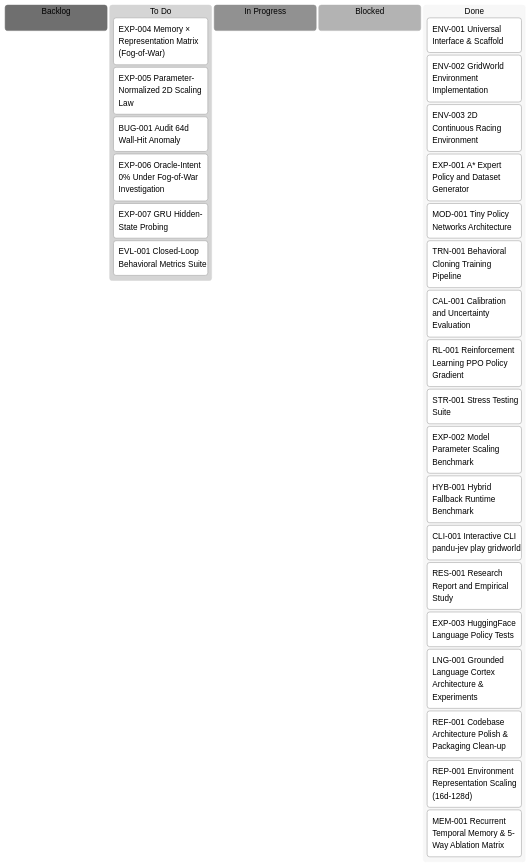
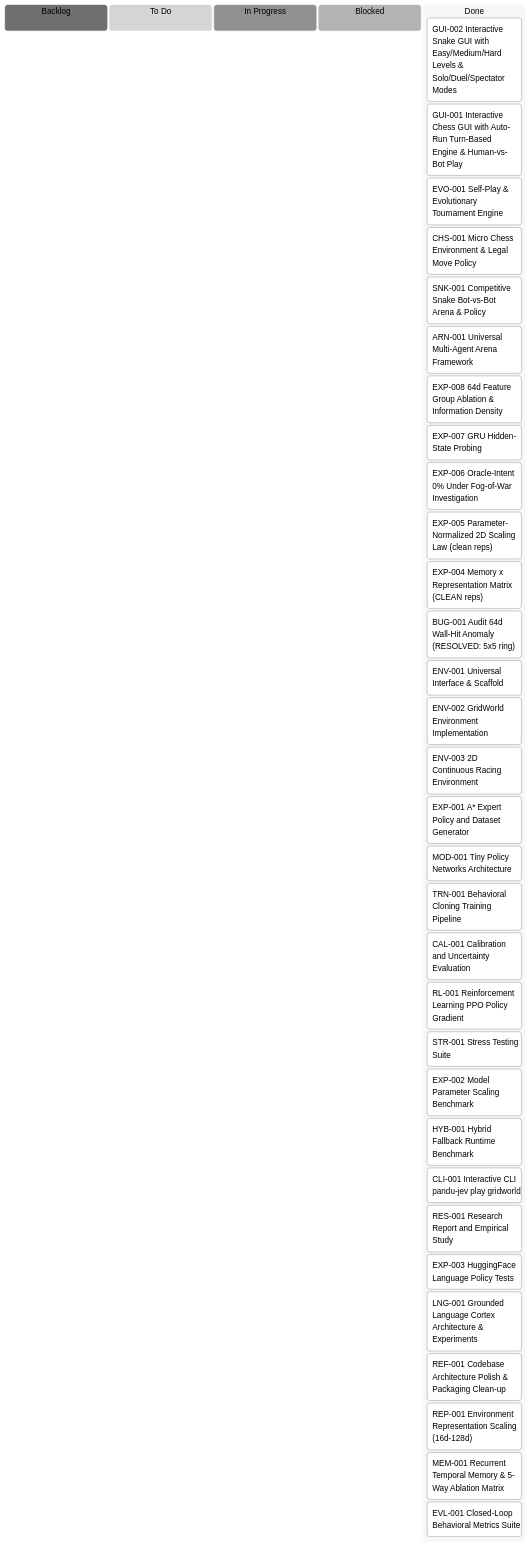
The diagram in .kanban/kanban.md (Haslab-dev/pandu-jev), drawn with Mermaid (neutral theme) before and after one commit. The commit also changed other lines of this file and 24 other files, not shown here.

First line of the commit message:
feat(arena): add interactive chess & snake GUIs, anti-collision engine, and benchmark experiments

````diff
--- a/.kanban/kanban.md
+++ b/.kanban/kanban.md
@@ -17,36 +19,43 @@
 ```mermaid
 kanban
   backlog[Backlog]
 
   todo[To Do]
-    t19["EXP-004 Memory × Representation Matrix (Fog-of-War)"]
-    t20["EXP-005 Parameter-Normalized 2D Scaling Law"]
-    t21["BUG-001 Audit 64d Wall-Hit Anomaly"]
-    t22["EXP-006 Oracle-Intent 0% Under Fog-of-War Investigation"]
-    t23["EXP-007 GRU Hidden-State Probing"]
-    t24["EVL-001 Closed-Loop Behavioral Metrics Suite"]
 
   inprogress[In Progress]
 
   blocked[Blocked]
 
   done[Done]
+    t31["GUI-002 Interactive Snake GUI with Easy/Medium/Hard Levels & Solo/Duel/Spectator Modes"]
+    t30["GUI-001 Interactive Chess GUI with Auto-Run Turn-Based Engine & Human-vs-Bot Play"]
+    t29["EVO-001 Self-Play & Evolutionary Tournament Engine"]
+    t28["CHS-001 Micro Chess Environment & Legal Move Policy"]
+    t27["SNK-001 Competitive Snake Bot-vs-Bot Arena & Policy"]
+    t26["ARN-001 Universal Multi-Agent Arena Framework"]
+    t25["EXP-008 64d Feature Group Ablation & Information Density"]
+    t23["EXP-007 GRU Hidden-State Probing"]
+    t22["EXP-006 Oracle-Intent 0% Under Fog-of-War Investigation"]
+    t20["EXP-005 Parameter-Normalized 2D Scaling Law (clean reps)"]
+    t19["EXP-004 Memory x Representation Matrix (CLEAN reps)"]
+    t21["BUG-001 Audit 64d Wall-Hit Anomaly (RESOLVED: 5x5 ring)"]
     t1["ENV-001 Universal Interface & Scaffold"]
     t2["ENV-002 GridWorld Environment Implementation"]
     t3["ENV-003 2D Continuous Racing Environment"]
     t4["EXP-001 A* Expert Policy and Dataset Generator"]
     t5["MOD-001 Tiny Policy Networks Architecture"]
     t6["TRN-001 Behavioral Cloning Training Pipeline"]
     t7["CAL-001 Calibration and Uncertainty Evaluation"]
     t8["RL-001 Reinforcement Learning PPO Policy Gradient"]
     t9["STR-001 Stress Testing Suite"]
     t10["EXP-002 Model Parameter Scaling Benchmark"]
     t11["HYB-001 Hybrid Fallback Runtime Benchmark"]
     t12["CLI-001 Interactive CLI pandu-jev play gridworld"]
     t13["RES-001 Research Report and Empirical Study"]
     t14["EXP-003 HuggingFace Language Policy Tests"]
     t15["LNG-001 Grounded Language Cortex Architecture & Experiments"]
     t16["REF-001 Codebase Architecture Polish & Packaging Clean-up"]
     t17["REP-001 Environment Representation Scaling (16d-128d)"]
     t18["MEM-001 Recurrent Temporal Memory & 5-Way Ablation Matrix"]
+    t24["EVL-001 Closed-Loop Behavioral Metrics Suite"]
 ```
````
